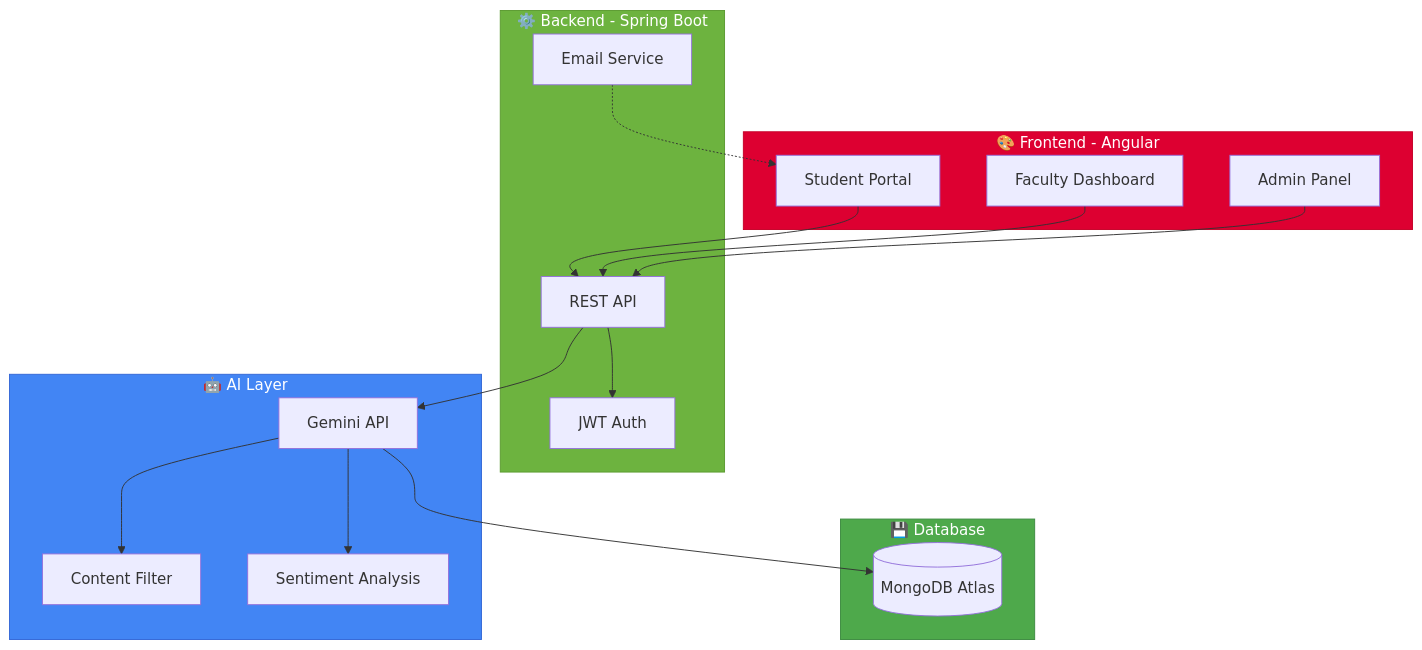
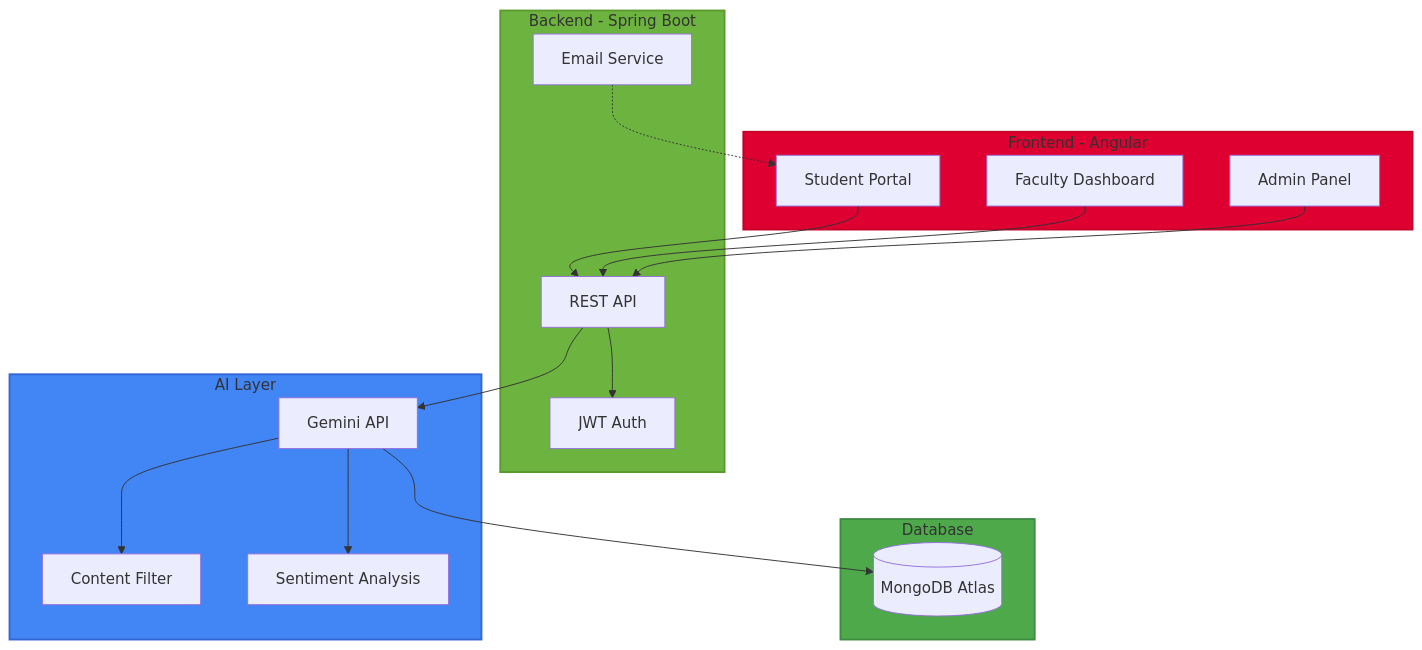
The second of 3 diagrams in README.md (prekshaum/KJU-VOX), drawn with Mermaid before and after one commit. The commit also changed other lines of this file, not shown here.

Commit message:
Fix formatting issues in README.md

````diff
--- a/README.md
+++ b/README.md
@@ -144,36 +144,39 @@
 ```mermaid
 flowchart TB
-    subgraph Frontend["🎨 Frontend - Angular"]
+    subgraph Frontend[Frontend - Angular]
         A1[Student Portal]
         A2[Faculty Dashboard]
         A3[Admin Panel]
     end
     
-    subgraph Backend["⚙️ Backend - Spring Boot"]
+    subgraph Backend[Backend - Spring Boot]
         B1[REST API]
         B2[JWT Auth]
         B3[Email Service]
     end
     
-    subgraph AI["🤖 AI Layer"]
+    subgraph AI[AI Layer]
         C1[Gemini API]
         C2[Content Filter]
         C3[Sentiment Analysis]
     end
     
-    subgraph Database["💾 Database"]
+    subgraph Database[Database]
         D1[(MongoDB Atlas)]
     end
     
-    A1 & A2 & A3 --> B1
+    A1 --> B1
+    A2 --> B1
+    A3 --> B1
     B1 --> B2
     B1 --> C1
-    C1 --> C2 & C3
+    C1 --> C2
+    C1 --> C3
     C1 --> D1
     B3 -.-> A1
     
-    style Frontend fill:#DD0031,stroke:#C50028,color:#fff
-    style Backend fill:#6DB33F,stroke:#5A9A2F,color:#fff
-    style AI fill:#4285F4,stroke:#3367D6,color:#fff
-    style Database fill:#4EA94B,stroke:#3D8B40,color:#fff
+    style Frontend fill:#DD0031,stroke:#C50028,stroke-width:2px
+    style Backend fill:#6DB33F,stroke:#5A9A2F,stroke-width:2px
+    style AI fill:#4285F4,stroke:#3367D6,stroke-width:2px
+    style Database fill:#4EA94B,stroke:#3D8B40,stroke-width:2px
 ```
````
